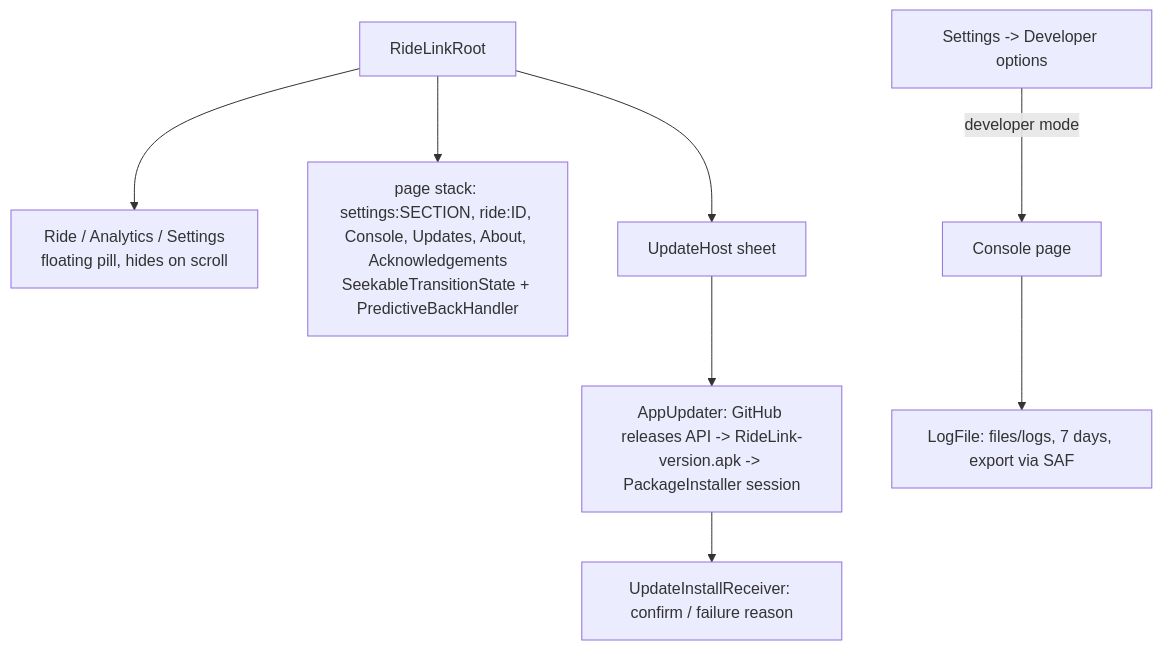
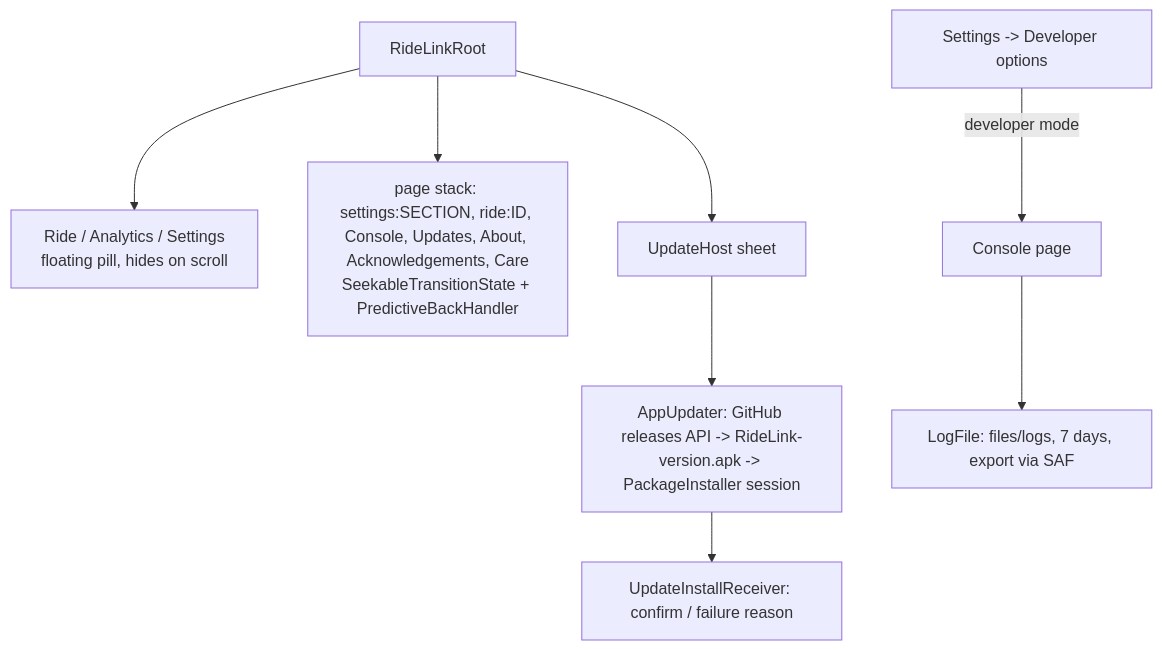
The fifth of 5 diagrams in development/docs/ARCHITECTURE.md (aiyu-ayaan/RideLink), drawn with Mermaid before and after one commit. The commit also changed other lines of this file and 14 other files, not shown here.

Commit message:
ui(Care) : Fuel and service page, messages settings, Console feature tests

````diff
--- a/development/docs/ARCHITECTURE.md
+++ b/development/docs/ARCHITECTURE.md
@@ -74,10 +94,10 @@
 ```mermaid
 graph TD
     Root[RideLinkRoot] --> Tabs[Ride / Analytics / Settings<br/>floating pill, hides on scroll]
-    Root --> Stack[page stack: settings:SECTION, ride:ID, Console, Updates, About, Acknowledgements<br/>SeekableTransitionState + PredictiveBackHandler]
+    Root --> Stack[page stack: settings:SECTION, ride:ID, Console, Updates, About, Acknowledgements, Care<br/>SeekableTransitionState + PredictiveBackHandler]
     Root --> Host[UpdateHost sheet]
     Host --> U[AppUpdater: GitHub releases API -> RideLink-version.apk -> PackageInstaller session]
     U --> IR[UpdateInstallReceiver: confirm / failure reason]
     Settings[Settings -> Developer options] -->|developer mode| Console[Console page]
     Console --> LF[LogFile: files/logs, 7 days, export via SAF]
 ```
````
